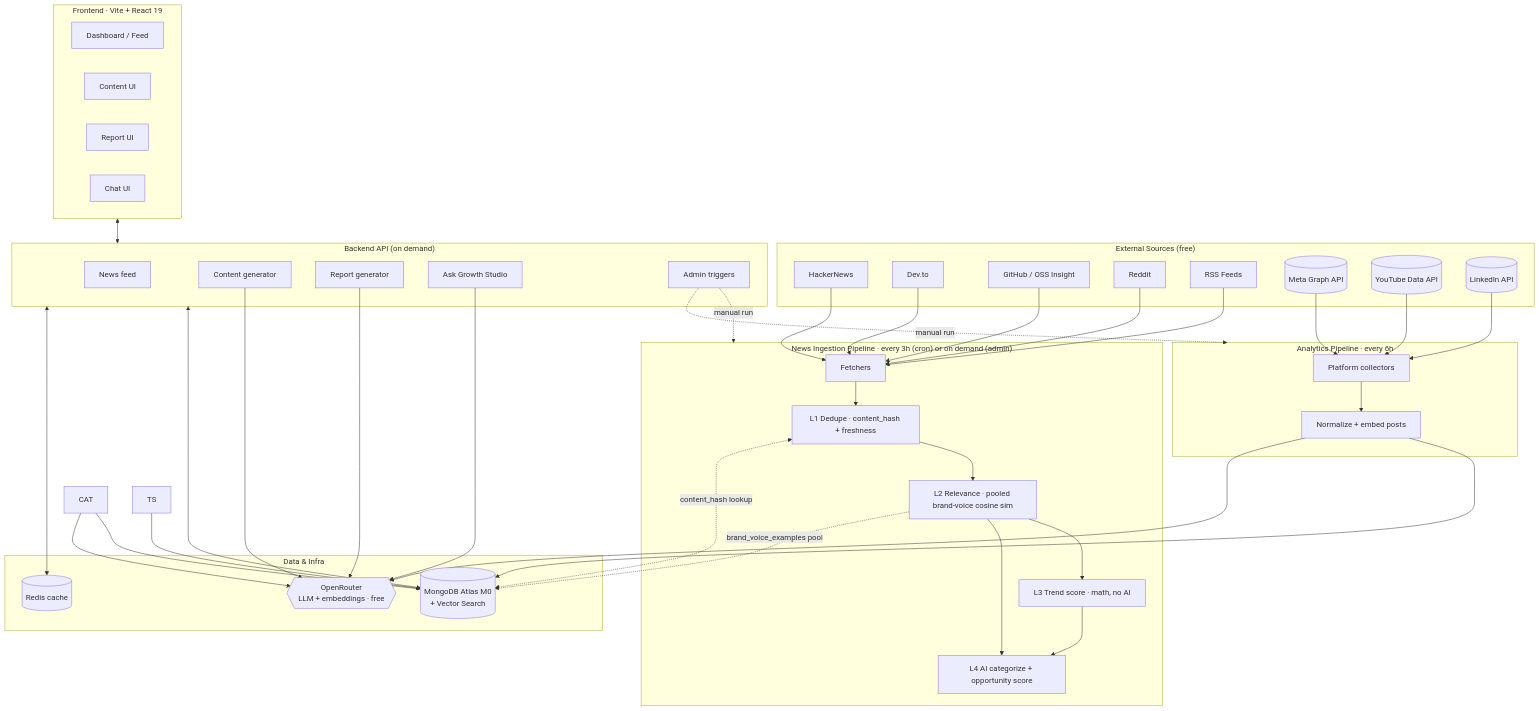
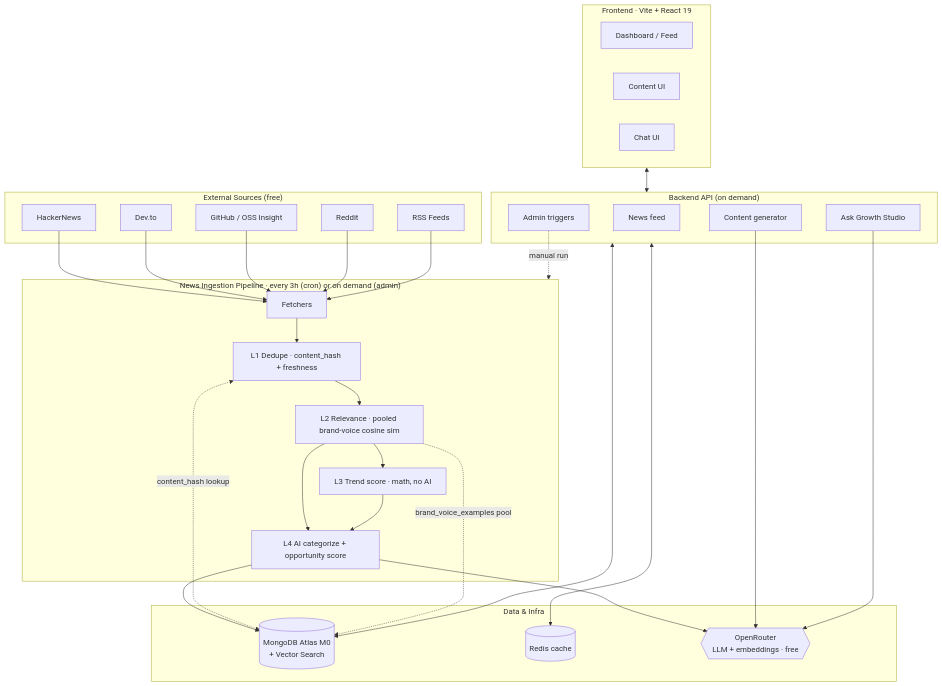
One commit to Farsit-007/AI-Content-Trend-Recommendation changed the first of 2 diagrams in README.md. Above: the diagram before and after it, drawn with Mermaid. The commit also changed other lines of this file and 243 other files, not shown here.

````diff
--- a/README.md
+++ b/README.md
@@ -52,48 +50,41 @@
 ```mermaid
 flowchart TB
     subgraph Sources["External Sources (free)"]
         HN[HackerNews]; DEV[Dev.to]; GH[GitHub / OSS Insight]
         RD[Reddit]; RSS[RSS Feeds]
-        FB[(Meta Graph API)]; YT[(YouTube Data API)]; LI[(LinkedIn API)]
     end
 
     subgraph Ingest["News Ingestion Pipeline · every 3h (cron) or on demand (admin)"]
         FETCH[Fetchers] --> F1[L1 Dedupe · content_hash + freshness]
         F1 --> F2[L2 Relevance · pooled brand-voice cosine sim]
         F2 --> F3[L3 Trend score · math, no AI]
         F2 --> F4[L4 AI categorize + opportunity score]
         F3 --> F4
     end
 
-    subgraph Analytics["Analytics Pipeline · every 6h"]
-        ACOL[Platform collectors] --> ANORM[Normalize + embed posts]
-    end
-
     subgraph Data["Data & Infra"]
         MONGO[(MongoDB Atlas M0<br/>+ Vector Search)]
         REDIS[(Redis cache)]
         OR{{OpenRouter<br/>LLM + embeddings · free}}
     end
 
     subgraph Serve["Backend API (on demand)"]
         FEED[News feed]; GEN[Content generator]
-        REP[Report generator]; CHAT[Ask Growth Studio]
+        CHAT[Ask Growth Studio]
         ADMIN[Admin triggers]
     end
 
     subgraph FE["Frontend · Vite + React 19"]
         DASH[Dashboard / Feed]; CGEN[Content UI]
-        RPT[Report UI]; ASK[Chat UI]
+        ASK[Chat UI]
     end
 
     HN & DEV & GH & RD & RSS --> FETCH
-    FB & YT & LI --> ACOL
-    CAT --> MONGO; TS --> MONGO; ANORM --> MONGO
+    F4 --> MONGO
     F1 <-. content_hash lookup .-> MONGO
     F2 -. brand_voice_examples pool .-> MONGO
-    CAT --> OR; ANORM --> OR
-    Serve <--> MONGO; Serve <--> REDIS; GEN & REP & CHAT --> OR
+    F4 --> OR
+    Serve <--> MONGO; Serve <--> REDIS; GEN & CHAT --> OR
     FE <--> Serve
     ADMIN -.manual run.-> Ingest
-    ADMIN -.manual run.-> Analytics
 ```
````
